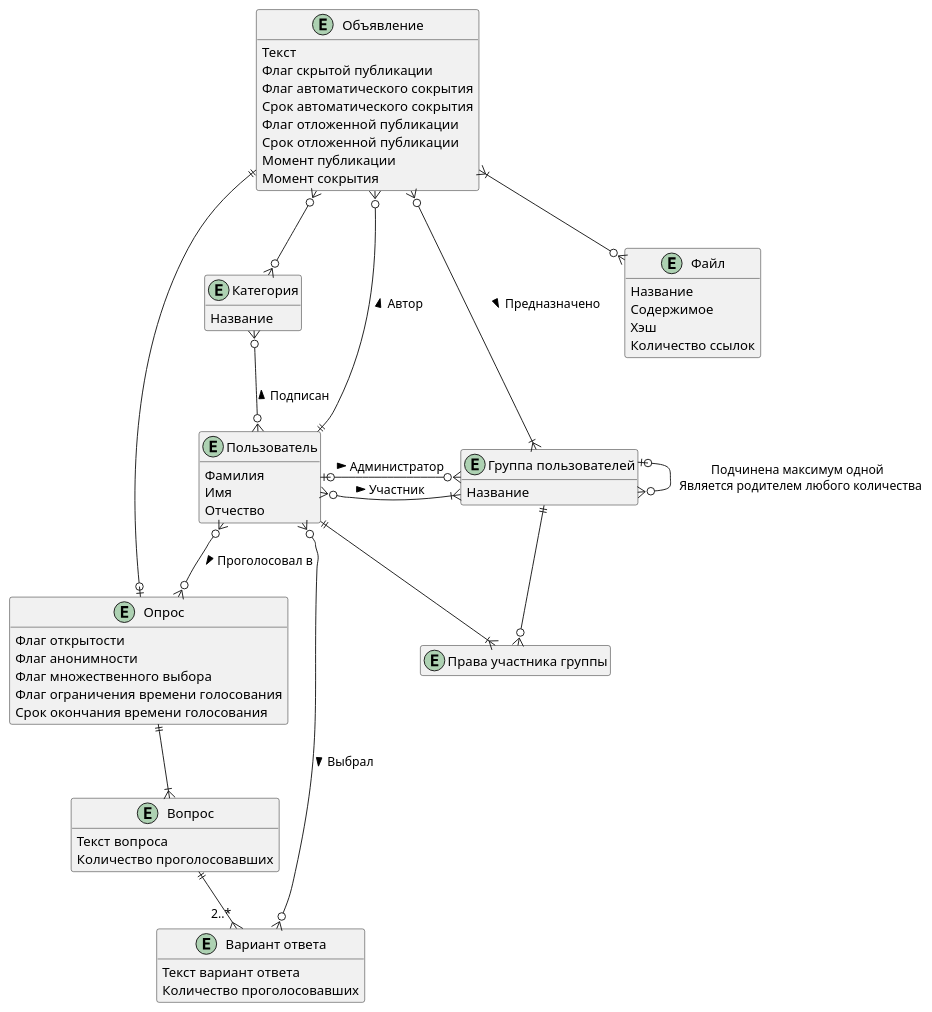
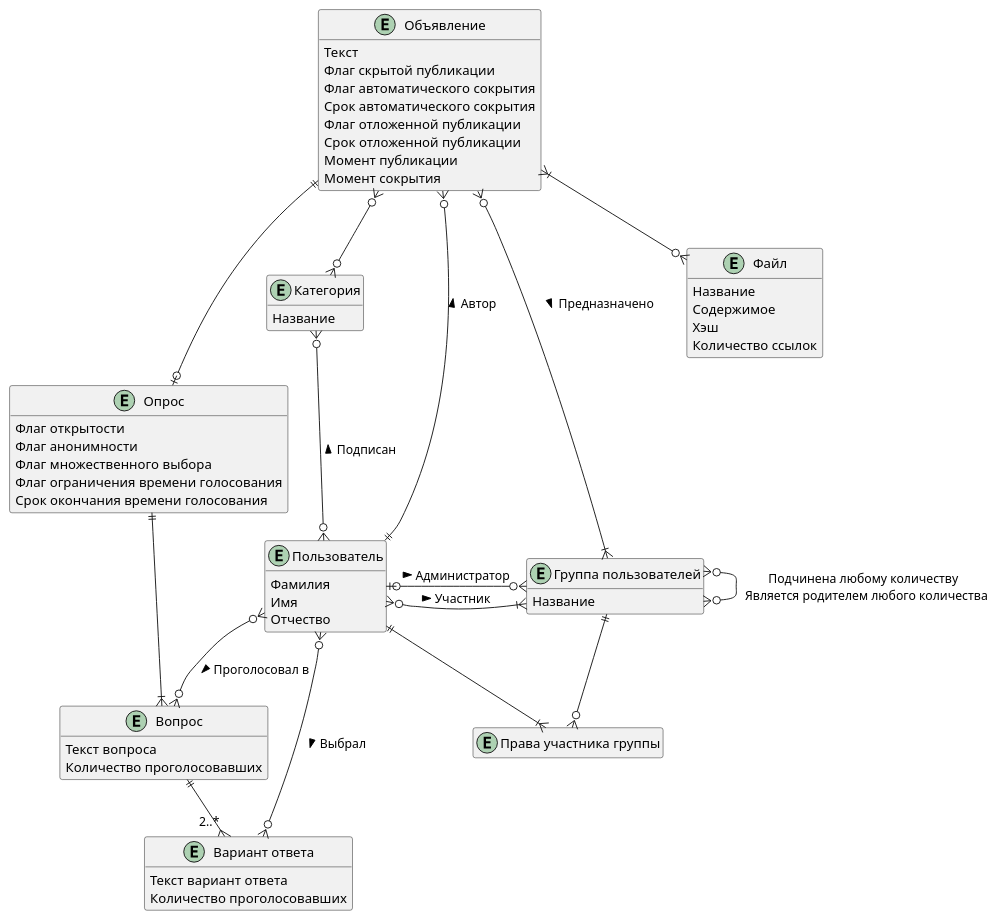
Before and after one commit to astu-app/ASTU-Bulletin-Board-Server: the diagram in doc/Диаграммы/er.puml, drawn with PlantUML. The commit also changed 5 other files, not shown here.

Commit message:
синхронизировал диаграммы: er, class, main-db + мелкие правки в api

```diff
--- a/doc/Диаграммы/er.puml
+++ b/doc/Диаграммы/er.puml
@@ -1,76 +1,76 @@
 @startuml
 'https://plantuml.com/class-diagram
 
 hide methods
 
 entity "Пользователь" as user {
     Фамилия
     Имя
     Отчество
 }
 
 entity "Объявление" as announcement { 
     Текст
     Флаг скрытой публикации
     Флаг автоматического сокрытия
     Срок автоматического сокрытия
     Флаг отложенной публикации
     Срок отложенной публикации
     Момент публикации
     Момент сокрытия
 }
 announcement }o--|| user : < Автор
 
 entity "Категория" as category {
     Название
 }
 announcement }o--o{ category
 user }o-up-o{ category : > Подписан
 
 entity "Файл" as attachedFile { 
     Название
     Содержимое
     Хэш
     Количество ссылок
 }
 announcement }|--o{ attachedFile
 
 entity "Опрос" as survey {
     Флаг открытости
     Флаг анонимности
     Флаг множественного выбора
     Флаг ограничения времени голосования
     Срок окончания времени голосования
 }
 announcement ||--o| survey
-user }o--o{ survey : > Проголосовал в
 
 entity "Вопрос" as question {
     Текст вопроса
     Количество проголосовавших
 }
 survey ||--|{ question
+user }o--o{ question : > Проголосовал в
 
 entity "Вариант ответа" as answer {
     Текст вариант ответа
     Количество проголосовавших
 }
 question ||--{ "2..*" answer
 user }o--o{ answer : > Выбрал
 
 entity "Группа пользователей" as userGroup { 
     Название
 }
 announcement }o--|{ userGroup : > Предназначено
 user }o--|{ userGroup : > Участник
 user |o-right-o{ userGroup : > Администратор
-userGroup |o--o{ userGroup : Подчинена максимум одной \n Является родителем любого количества
+userGroup }o--o{ userGroup : Подчинена любому количеству \n Является родителем любого количества
 
 entity "Права участника группы" as memberRights {}
 hide memberRights members
 user ||--|{ memberRights
 userGroup ||--o{ memberRights
 
 
 
 @enduml
```
